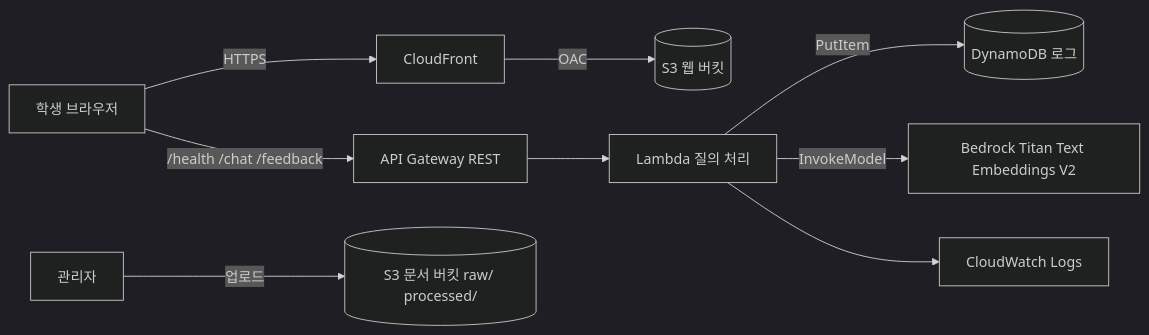
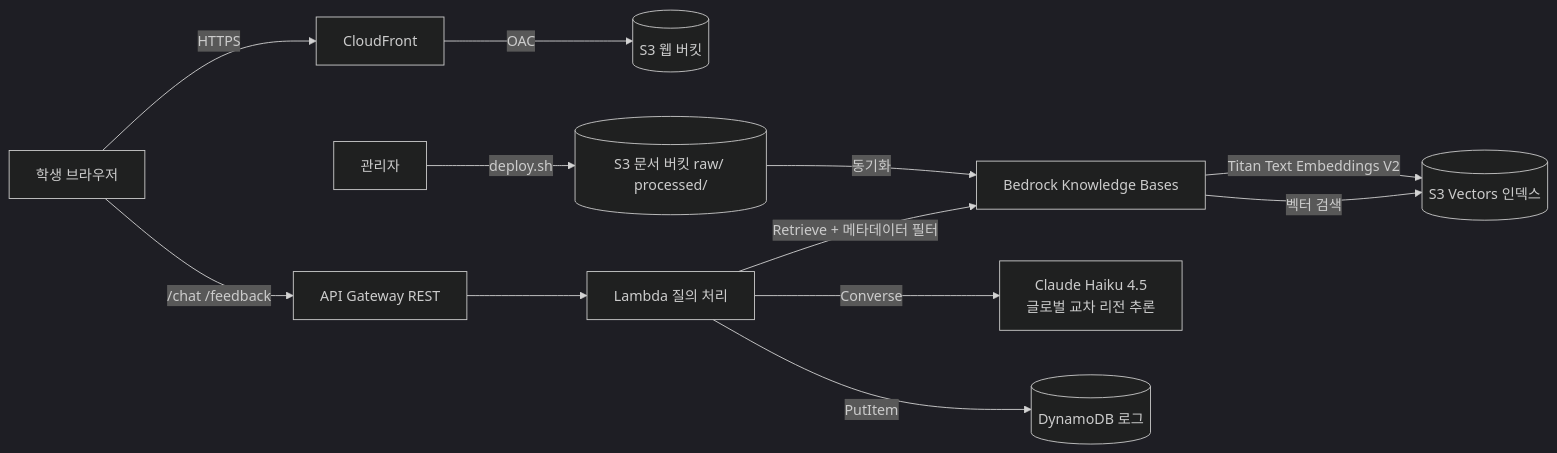
One commit to hyunjun629/cnu-haksa-chatbot changed the diagram in README.md. Above: the diagram before and after it, drawn with Mermaid (dark theme). The commit also changed other lines of this file and 27 other files, not shown here.

Commit message:
RAG MVP: Knowledge Bases 검색, Claude 답변 생성, 출처 화면

````diff
--- a/README.md
+++ b/README.md
@@ -9,11 +10,14 @@
 ```mermaid
 flowchart LR
   U[학생 브라우저] -->|HTTPS| CF[CloudFront]
   CF -->|OAC| WEB[(S3 웹 버킷)]
-  U -->|/health /chat /feedback| APIGW[API Gateway REST]
+  U -->|/chat /feedback| APIGW[API Gateway REST]
   APIGW --> L[Lambda 질의 처리]
+  L -->|Retrieve + 메타데이터 필터| KB[Bedrock Knowledge Bases]
+  KB -->|벡터 검색| SV[(S3 Vectors 인덱스)]
+  L -->|Converse| LLM[Claude Haiku 4.5\n글로벌 교차 리전 추론]
   L -->|PutItem| DDB[(DynamoDB 로그)]
-  L -->|InvokeModel| BR[Bedrock Titan Text Embeddings V2]
-  L --> CW[CloudWatch Logs]
-  ADM[관리자] -->|업로드| DOCS[(S3 문서 버킷 raw/ processed/)]
+  ADM[관리자] -->|deploy.sh| DOCS[(S3 문서 버킷 raw/ processed/)]
+  DOCS -->|동기화| KB
+  KB -->|Titan Text Embeddings V2| SV
 ```
````
